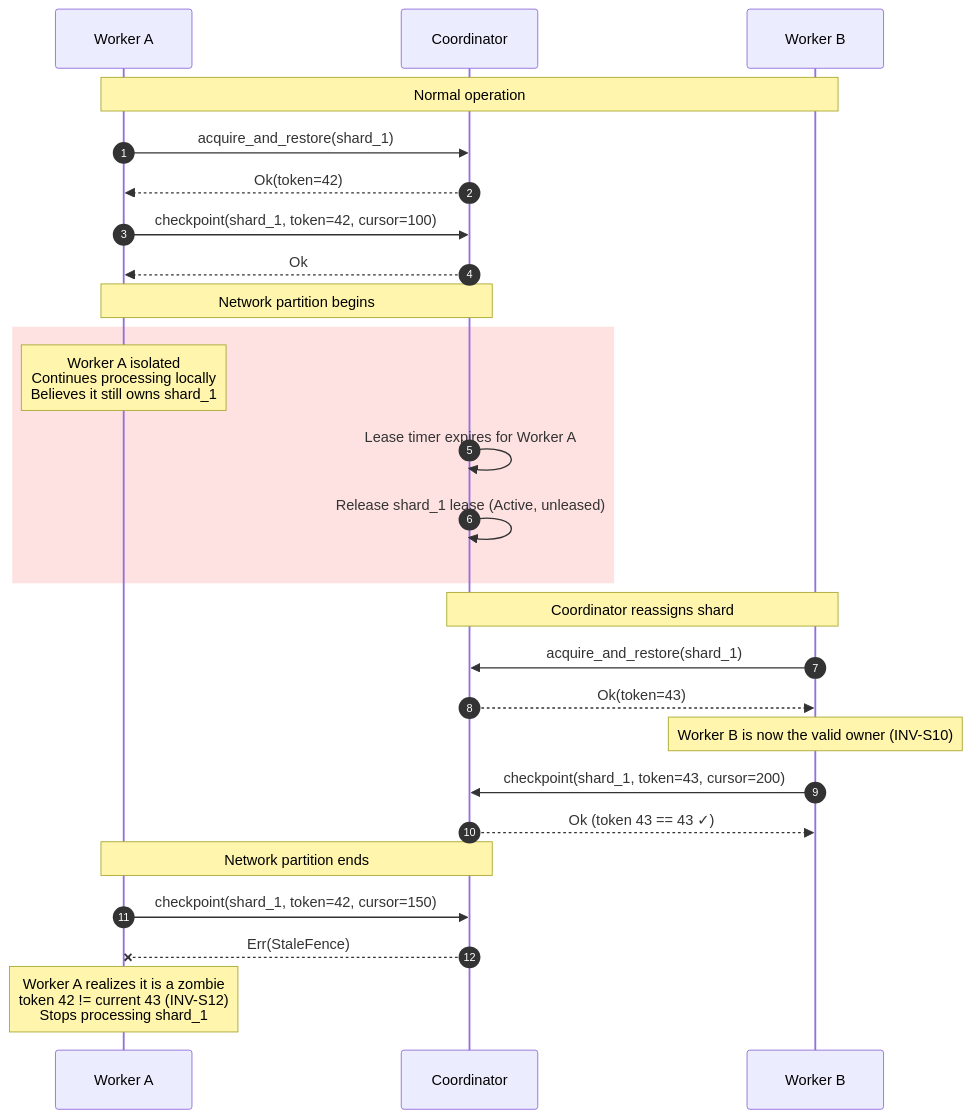
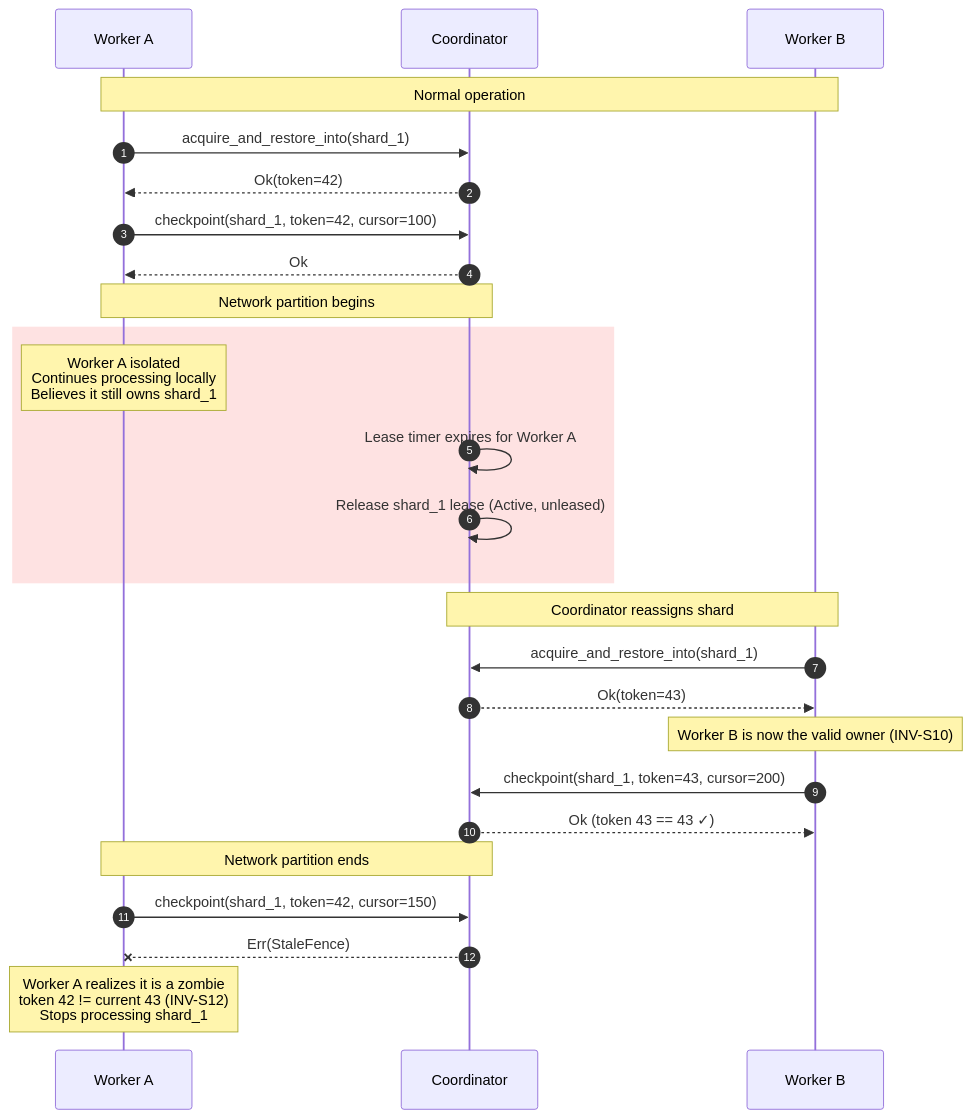
Before and after one commit to ahrav/Gossip-rs: the second of 4 diagrams in diagrams/06-fencing-protocol.md, drawn with Mermaid. The commit also changed 1 other file, not shown here.

Commit message:
docs: audit drift fixes [batch-07]
Auto-fix file inventories, type counts, identifier renames, and
cross-references for batch-07 boundary docs.

````diff
--- a/diagrams/06-fencing-protocol.md
+++ b/diagrams/06-fencing-protocol.md
@@ -108,36 +108,36 @@
 ```mermaid
 %% Diagram: zombie-worker-resolution
 sequenceDiagram
     autonumber
     participant WA as Worker A
     participant CO as Coordinator
     participant WB as Worker B
 
     Note over WA,WB: Normal operation
-    WA->>CO: acquire_and_restore(shard_1)
+    WA->>CO: acquire_and_restore_into(shard_1)
     CO-->>WA: Ok(token=42)
     WA->>CO: checkpoint(shard_1, token=42, cursor=100)
     CO-->>WA: Ok
 
     Note over WA,CO: Network partition begins
     rect rgb(254, 226, 226)
         Note over WA: Worker A isolated<br/>Continues processing locally<br/>Believes it still owns shard_1
         CO->>CO: Lease timer expires for Worker A
         CO->>CO: Release shard_1 lease (Active, unleased)
     end
 
     Note over CO,WB: Coordinator reassigns shard
-    WB->>CO: acquire_and_restore(shard_1)
+    WB->>CO: acquire_and_restore_into(shard_1)
     CO-->>WB: Ok(token=43)
 
     Note over WB: Worker B is now the valid owner (INV-S10)
     WB->>CO: checkpoint(shard_1, token=43, cursor=200)
     CO-->>WB: Ok (token 43 == 43 ✓)
 
     Note over WA,CO: Network partition ends
 
     WA->>CO: checkpoint(shard_1, token=42, cursor=150)
     CO--xWA: Err(StaleFence)
 
     Note over WA: Worker A realizes it is a zombie<br/>token 42 != current 43 (INV-S12)<br/>Stops processing shard_1
 ```
````
